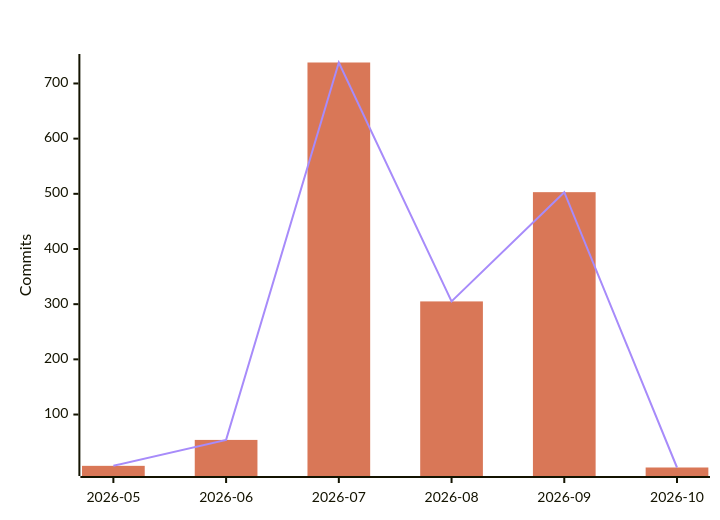
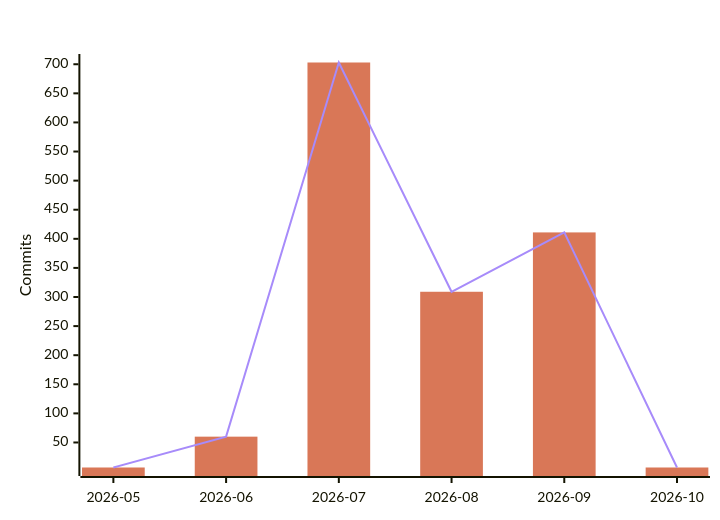
The fourth of 7 diagrams in README.md (polo-nyan/polo-nyan), drawn with Mermaid before and after one commit. The commit also changed other lines of this file and 1 other file, not shown here.

````diff
--- a/README.md
+++ b/README.md
@@ -294,9 +294,9 @@
 ```mermaid
 %%{init: {"xyChart": {"titleColor": "#ffffff", "xAxisLabelColor": "#ffffff", "yAxisLabelColor": "#ffffff"}, "themeVariables": {"xyChart": {"titleColor": "#ffffff", "plotColorPalette": "#d97757, #a78bfa"}}}}%%
 xychart-beta
     title "AI-Assisted Commits Per Month"
     x-axis ["2026-05", "2026-06", "2026-07", "2026-08", "2026-09", "2026-10"]
     y-axis "Commits"
-    bar [7, 54, 738, 305, 503, 4]
-    line [7, 54, 738, 305, 503, 4]
+    bar [7, 60, 703, 309, 411, 7]
+    line [7, 60, 703, 309, 411, 7]
 ```
````
